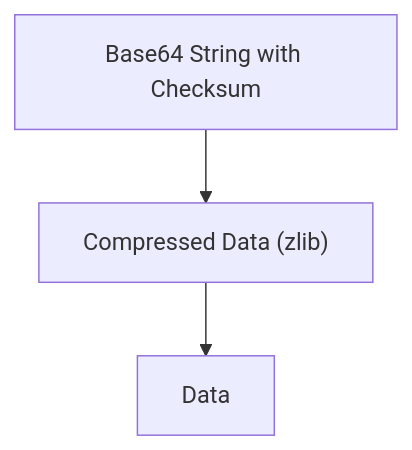
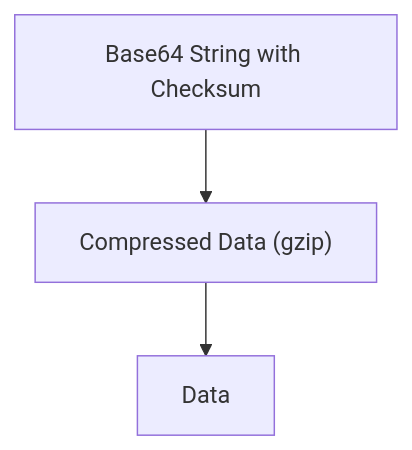
Before and after one commit to lilopkins/files-by-clipboard: the second of 2 diagrams in README.md, drawn with Mermaid. The commit also changed other lines of this file and 2 other files, not shown here.

Commit message:
swapped to gzip for compatibility

````diff
--- a/README.md
+++ b/README.md
@@ -16,4 +16,4 @@
 ```mermaid
 graph TD
-  b64[Base64 String with Checksum] --> cd["Compressed Data (zlib)"] --> Data;
+  b64[Base64 String with Checksum] --> cd["Compressed Data (gzip)"] --> Data;
 ```
````
